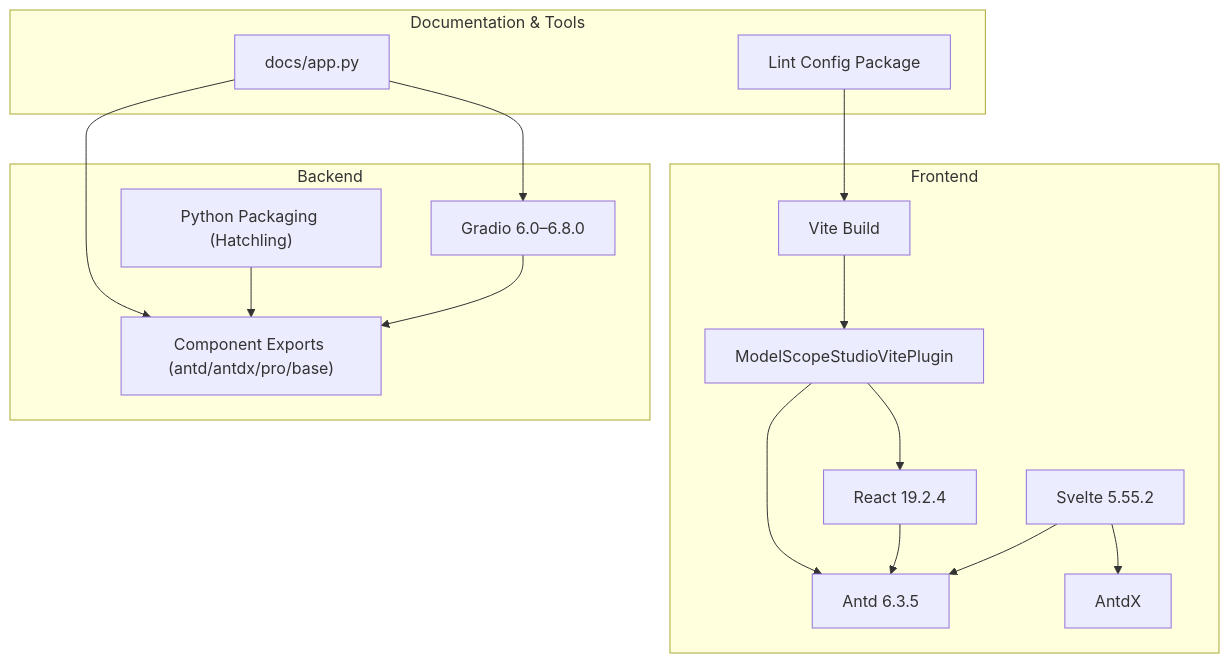
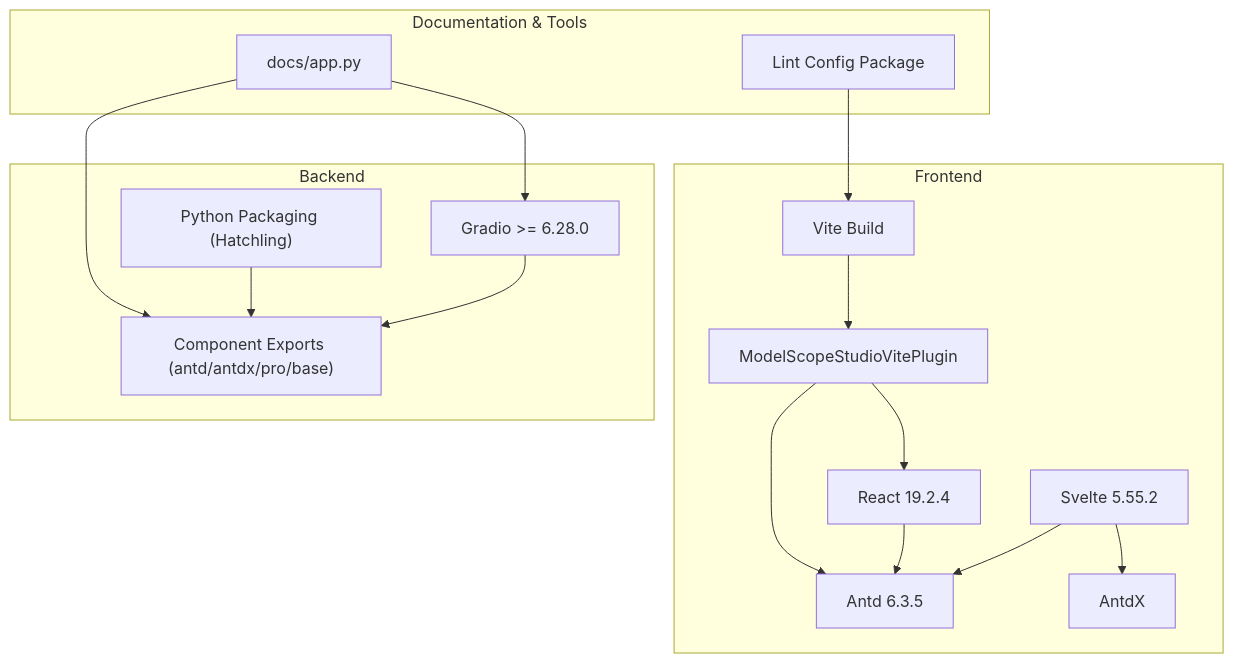
Before and after one commit to modelscope/modelscope-studio: the second of 7 diagrams in .wiki/en/Project Overview/Tech Stack.md, drawn with Mermaid. The commit also changed other lines of this file and 13 other files, not shown here.

````diff
--- a/.wiki/en/Project Overview/Tech Stack.md
+++ b/.wiki/en/Project Overview/Tech Stack.md
@@ -112,31 +112,31 @@
 ```mermaid
 graph TB
 subgraph "Frontend"
 Svelte["Svelte 5.55.2"]
 Antd["Antd 6.3.5"]
 Antdx["AntdX"]
 React["React 19.2.4"]
 Vite["Vite Build"]
 Plugin["ModelScopeStudioVitePlugin"]
 end
 subgraph "Backend"
-Gradio["Gradio 6.0–6.8.0"]
+Gradio["Gradio >= 6.28.0"]
 PyPkg["Python Packaging (Hatchling)"]
 Components["Component Exports (antd/antdx/pro/base)"]
 end
 subgraph "Documentation & Tools"
 DocsApp["docs/app.py"]
 LintCfg["Lint Config Package"]
 end
 Svelte --> Antd
 Svelte --> Antdx
 React --> Antd
 Vite --> Plugin
 Plugin --> React
 Plugin --> Antd
 Gradio --> Components
 PyPkg --> Components
 DocsApp --> Gradio
 DocsApp --> Components
 LintCfg --> Vite
 ```
````
